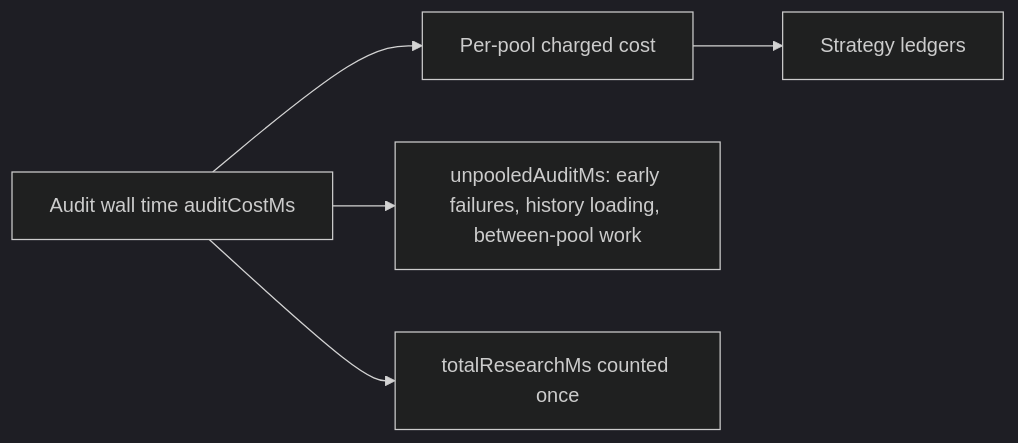
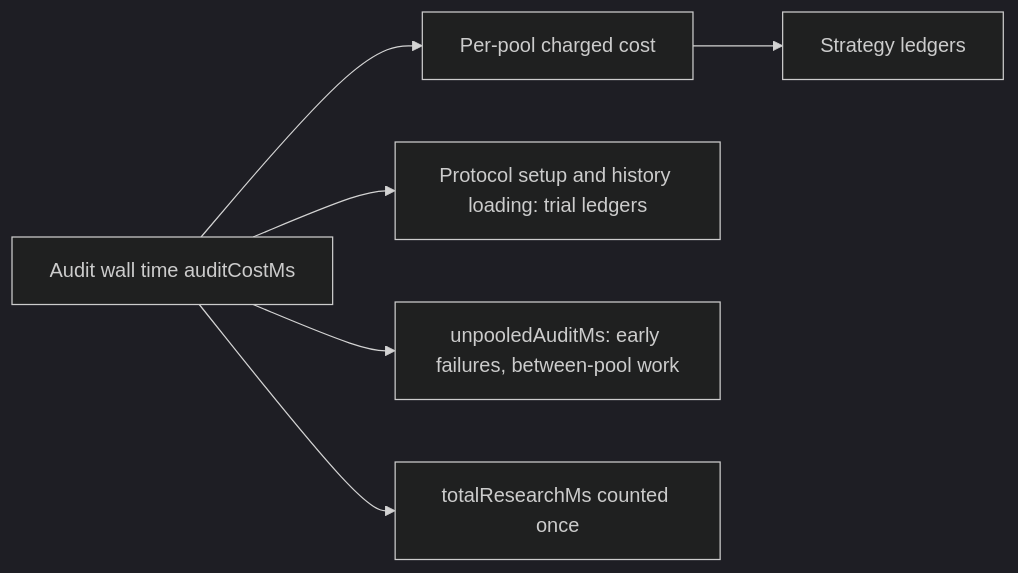
The diagram in docs/archive/pr-summaries/pr-summary-261.md (stSoftwareAU/NEAT-AI-Ockham), drawn with Mermaid (dark theme) before and after one commit. The commit also changed other lines of this file and 3 other files, not shown here.

````diff
--- a/docs/archive/pr-summaries/pr-summary-261.md
+++ b/docs/archive/pr-summaries/pr-summary-261.md
@@ -47,7 +51,8 @@
 ```mermaid
 flowchart LR
     A[Audit wall time auditCostMs] --> P[Per-pool charged cost]
-    A --> U[unpooledAuditMs: early failures, history loading, between-pool work]
+    A --> L[Protocol setup and history loading: trial ledgers]
+    A --> U[unpooledAuditMs: early failures, between-pool work]
     P --> S[Strategy ledgers]
     A --> T[totalResearchMs counted once]
 ```
````
